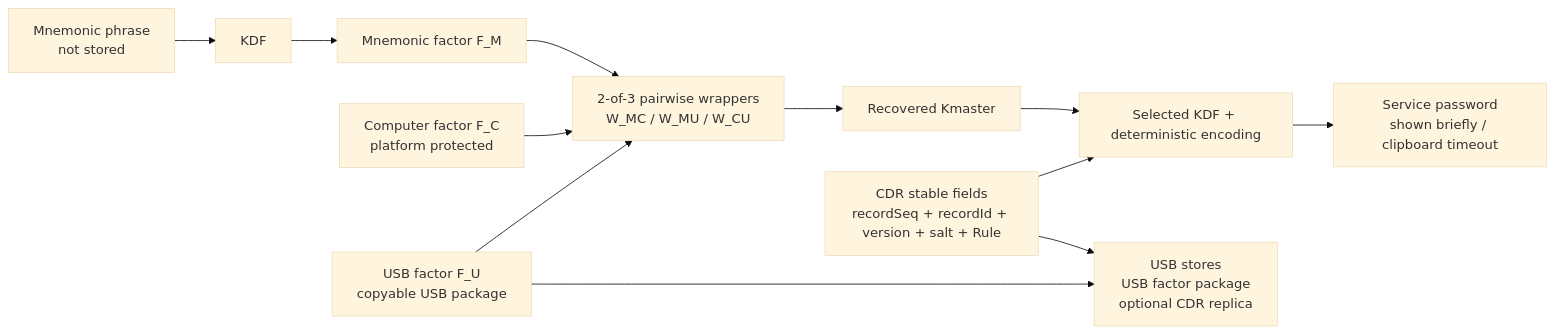
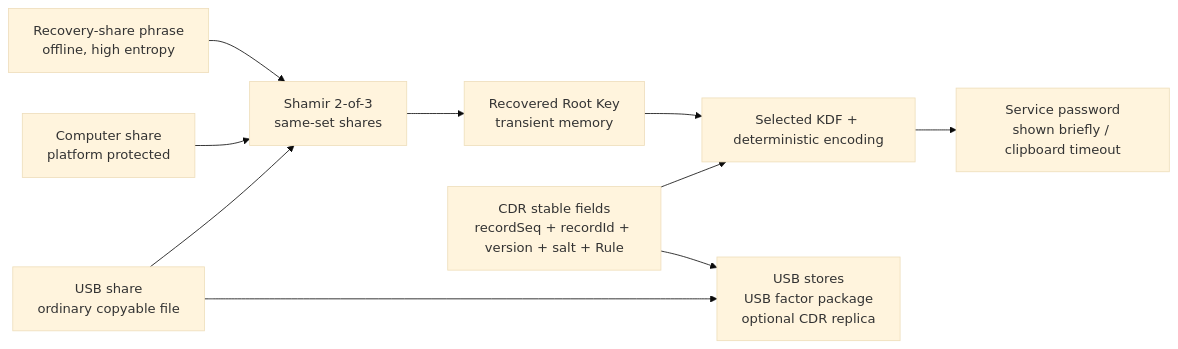
One commit to ferrarif1/KeyLessPass changed the diagram in README.md. Above: the diagram before and after it, drawn with Mermaid (base theme). The commit also changed other lines of this file and 134 other files, not shown here.

````diff
--- a/README.md
+++ b/README.md
@@ -137,14 +117,12 @@
 ```mermaid
 flowchart LR
-    M["Mnemonic phrase<br/>not stored"] --> KDF["KDF"]
-    KDF --> FM["Mnemonic factor F_M"]
-    FC["Computer factor F_C<br/>platform protected"] --> R["2-of-3 pairwise wrappers<br/>W_MC / W_MU / W_CU"]
-    FM --> R
-    FU["USB factor F_U<br/>copyable USB package"] --> R
-    R --> KM["Recovered Kmaster"]
+    M["Recovery-share phrase<br/>offline, high entropy"] --> R["Shamir 2-of-3<br/>same-set shares"]
+    FC["Computer share<br/>platform protected"] --> R
+    FU["USB share<br/>ordinary copyable file"] --> R
+    R --> KM["Recovered Root Key<br/>transient memory"]
     KM --> D["Selected KDF + deterministic encoding"]
     C["CDR stable fields<br/>recordSeq + recordId + version + salt + Rule"] --> D
     D --> P["Service password<br/>shown briefly / clipboard timeout"]
     FU --> U["USB stores<br/>USB factor package<br/>optional CDR replica<br/"]
     C --> U
 ```
````
